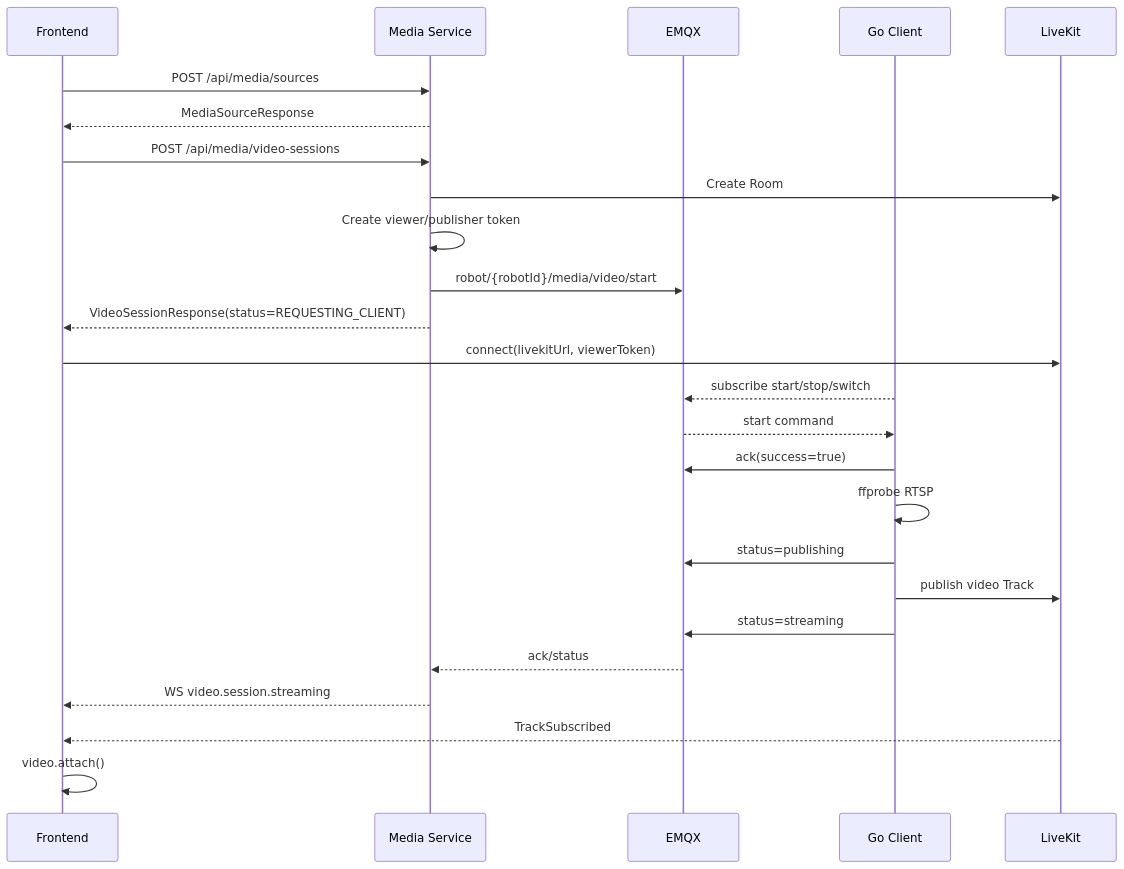
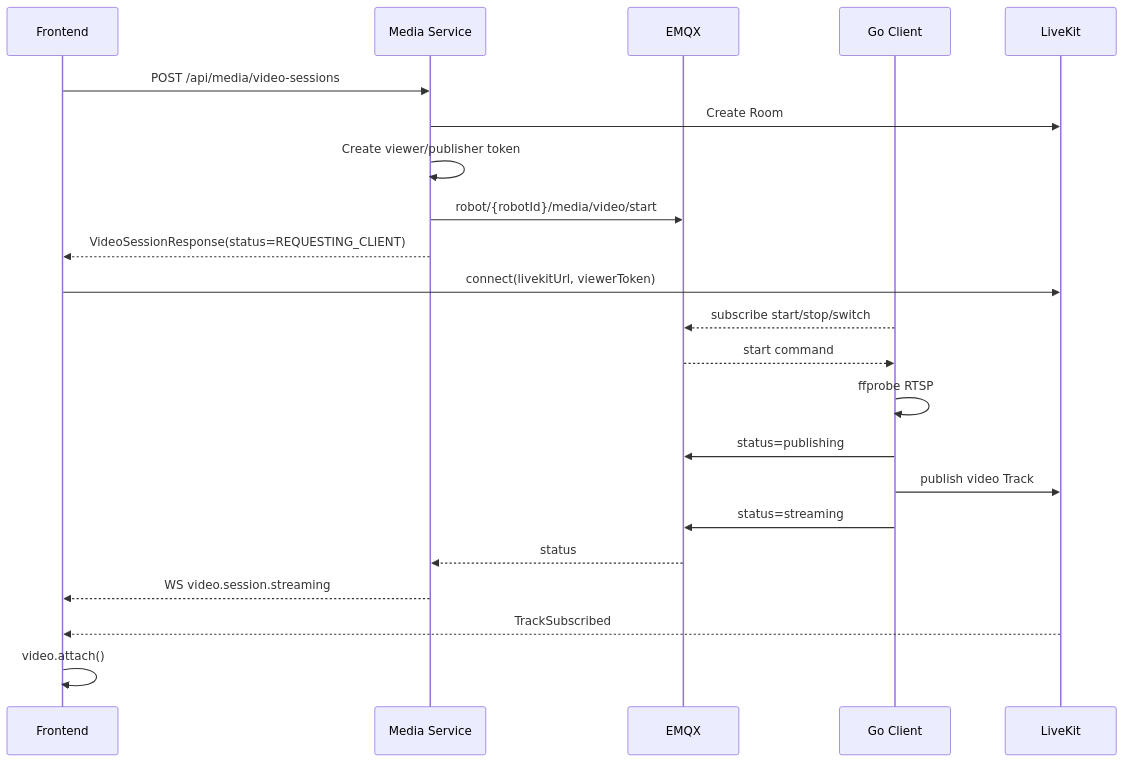
The first of 2 diagrams in docs/realtime-video-interface-flow.md (waleelay/robot), drawn with Mermaid before and after one commit. The commit also changed other lines of this file and 30 other files, not shown here.

````diff
--- a/docs/realtime-video-interface-flow.md
+++ b/docs/realtime-video-interface-flow.md
@@ -914,28 +743,25 @@
 ```mermaid
 sequenceDiagram
     participant FE as Frontend
     participant BE as Media Service
     participant MQ as EMQX
     participant GO as Go Client
     participant LK as LiveKit
 
-    FE->>BE: POST /api/media/sources
-    BE-->>FE: MediaSourceResponse
     FE->>BE: POST /api/media/video-sessions
     BE->>LK: Create Room
     BE->>BE: Create viewer/publisher token
     BE->>MQ: robot/{robotId}/media/video/start
     BE-->>FE: VideoSessionResponse(status=REQUESTING_CLIENT)
     FE->>LK: connect(livekitUrl, viewerToken)
     GO-->>MQ: subscribe start/stop/switch
     MQ-->>GO: start command
-    GO->>MQ: ack(success=true)
     GO->>GO: ffprobe RTSP
     GO->>MQ: status=publishing
     GO->>LK: publish video Track
     GO->>MQ: status=streaming
-    MQ-->>BE: ack/status
+    MQ-->>BE: status
     BE-->>FE: WS video.session.streaming
     LK-->>FE: TrackSubscribed
     FE->>FE: video.attach()
 ```
````
